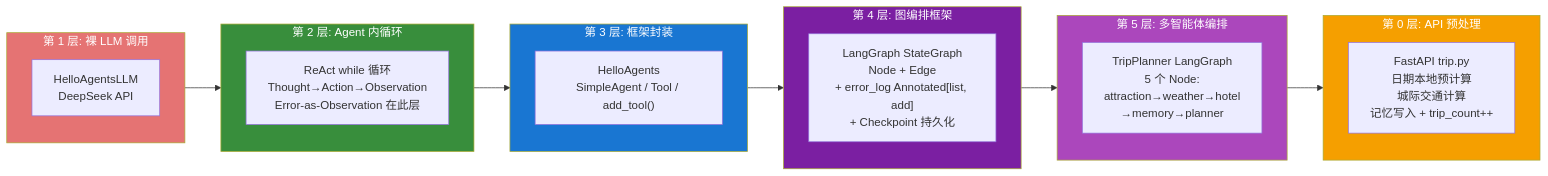
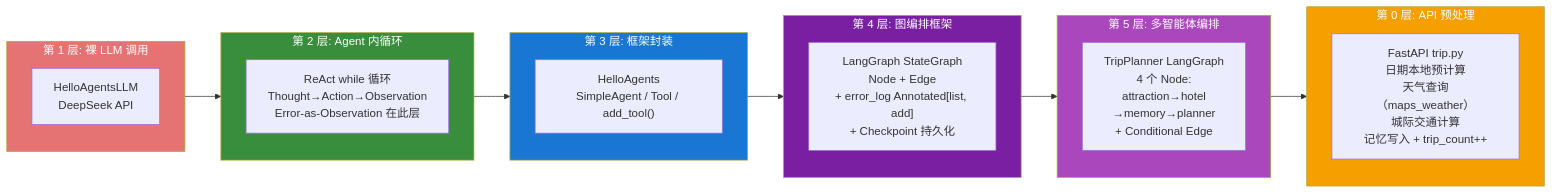
The seventh of 7 diagrams in ARCHITECTURE.md (SuperGODOG/tripplanner), drawn with Mermaid before and after one commit. The commit also changed other lines of this file and 2 other files, not shown here.

Commit message:
docs: 三文档对齐preview分支4Node+离群检测架构

````diff
--- a/ARCHITECTURE.md
+++ b/ARCHITECTURE.md
@@ -300,41 +320,41 @@
 ```mermaid
 flowchart LR
     subgraph L5["第 5 层: 多智能体编排"]
         direction TB
-        N5["TripPlanner LangGraph<br/>5 个 Node:<br/>attraction→weather→hotel<br/>→memory→planner"]
+        N5["TripPlanner LangGraph<br/>4 个 Node:<br/>attraction→hotel<br/>→memory→planner<br/>+ Conditional Edge"]
     end
 
     subgraph L4["第 4 层: 图编排框架"]
         direction TB
         N4["LangGraph StateGraph<br/>Node + Edge<br/>+ error_log Annotated[list, add]<br/>+ Checkpoint 持久化"]
     end
 
     subgraph L3["第 3 层: 框架封装"]
         direction TB
         N3["HelloAgents<br/>SimpleAgent / Tool / add_tool()"]
     end
 
     subgraph L2["第 2 层: Agent 内循环"]
         direction TB
         N2["ReAct while 循环<br/>Thought→Action→Observation<br/>Error-as-Observation 在此层"]
     end
 
     subgraph L1["第 1 层: 裸 LLM 调用"]
         direction TB
         N1["HelloAgentsLLM<br/>DeepSeek API"]
     end
 
     subgraph L0["第 0 层: API 预处理"]
         direction TB
-        N0["FastAPI trip.py<br/>日期本地预计算<br/>城际交通计算<br/>记忆写入 + trip_count++"]
+        N0["FastAPI trip.py<br/>日期本地预计算<br/>天气查询（maps_weather）<br/>城际交通计算<br/>记忆写入 + trip_count++"]
     end
 
     N1 --> N2 --> N3 --> N4 --> N5 --> N0
 
     style L5 fill:#ab47bc,color:#fff
     style L4 fill:#7b1fa2,color:#fff
     style L3 fill:#1976d2,color:#fff
     style L2 fill:#388e3c,color:#fff
     style L1 fill:#e57373,color:#fff
     style L0 fill:#f59f00,color:#fff
 ```
````
